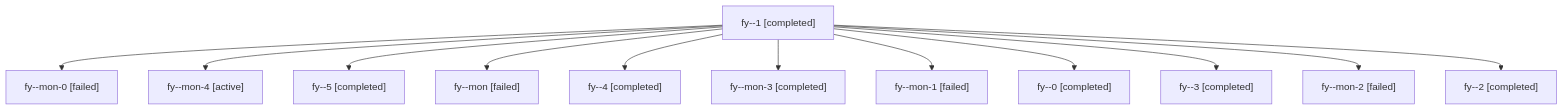
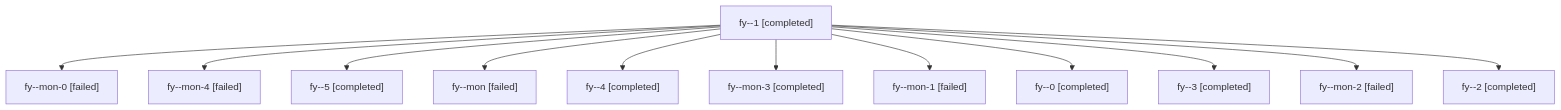
One commit to bobs-org/bob-cli--agents changed the diagram in sessions/bbugyi200.apollo.fy.md. Above: the diagram before and after it, drawn with Mermaid. The commit also changed other lines of this file and 7 other files, not shown here.

````diff
--- a/sessions/bbugyi200.apollo.fy.md
+++ b/sessions/bbugyi200.apollo.fy.md
@@ -9,26 +9,26 @@
 ```mermaid
 flowchart TD
   n0["fy--1 [completed]"]
   n1["fy--mon-0 [failed]"]
   n0 --> n1
-  n2["fy--mon-4 [active]"]
+  n2["fy--mon-4 [failed]"]
   n0 --> n2
   n3["fy--5 [completed]"]
   n0 --> n3
   n4["fy--mon [failed]"]
   n0 --> n4
   n5["fy--4 [completed]"]
   n0 --> n5
   n6["fy--mon-3 [completed]"]
   n0 --> n6
   n7["fy--mon-1 [failed]"]
   n0 --> n7
   n8["fy--0 [completed]"]
   n0 --> n8
   n9["fy--3 [completed]"]
   n0 --> n9
   n10["fy--mon-2 [failed]"]
   n0 --> n10
   n11["fy--2 [completed]"]
   n0 --> n11
 ```
````
